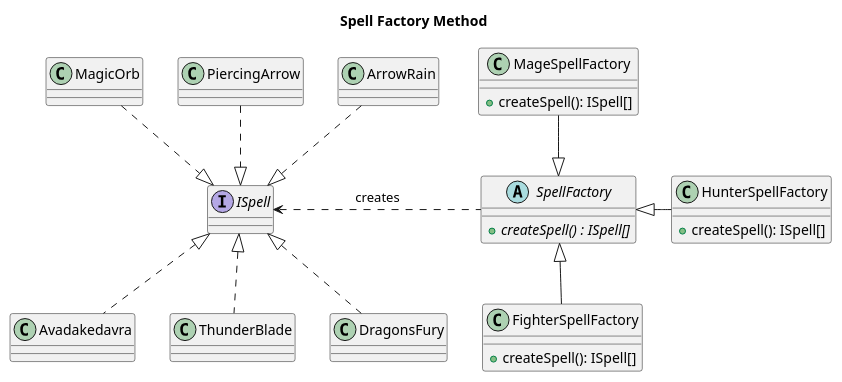
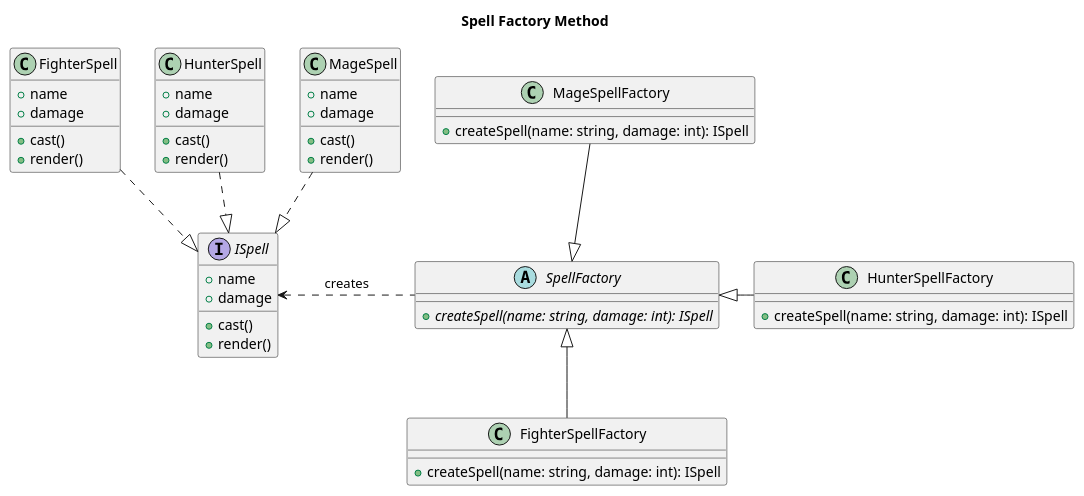
One commit to project-survivor/documentation changed the diagram in UML/Factory Method/spell.factory-method.plantuml. Above: the diagram before and after it, drawn with PlantUML. The commit also changed 11 other files, not shown here.

```diff
--- a/UML/Factory Method/spell.factory-method.plantuml
+++ b/UML/Factory Method/spell.factory-method.plantuml
@@ -1,62 +1,59 @@
 @startuml SpellFactoryMethod
 
 title Spell Factory Method
 
 abstract class SpellFactory {
-    {abstract} +createSpell() : ISpell[]
+    {abstract} +createSpell(name: string, damage: int): ISpell
 }
 
 interface ISpell {
-    
+    +name
+    +damage
+    +cast()
+    +render()   
 }
 
-class ArrowRain {
-    
+class MageSpell {
+    +name
+    +damage
+    +cast()
+    +render()  
 }
 
-class PiercingArrow {
-    
+class HunterSpell {
+    +name
+    +damage
+    +cast()
+    +render()  
 }
 
-class MagicOrb {
-    
-}
-
-class Avadakedavra {
-    
-}
-
-class ThunderBlade {
-    
-}
-
-class DragonsFury{
-    
+class FighterSpell {
+    +name
+    +damage
+    +cast()
+    +render()  
 }
 
 class HunterSpellFactory {
-    +createSpell(): ISpell[]
+    +createSpell(name: string, damage: int): ISpell
 }
 
 class MageSpellFactory  {
-    +createSpell(): ISpell[]
+    +createSpell(name: string, damage: int): ISpell
 }
 
 class FighterSpellFactory  {
-    +createSpell(): ISpell[]
+    +createSpell(name: string, damage: int): ISpell
 }
 
 SpellFactory .left.> ISpell : creates
 
 SpellFactory <|-right- HunterSpellFactory
 SpellFactory <|-up- MageSpellFactory
 SpellFactory <|-down- FighterSpellFactory
 
-ISpell <|.up. ArrowRain
-ISpell <|.up. PiercingArrow
-ISpell <|.up. MagicOrb
-ISpell <|.down. Avadakedavra
-ISpell <|.down. ThunderBlade
-ISpell <|.down. DragonsFury
+ISpell <|.up. MageSpell
+ISpell <|.up. HunterSpell
+ISpell <|.up. FighterSpell
 
 @enduml
```
